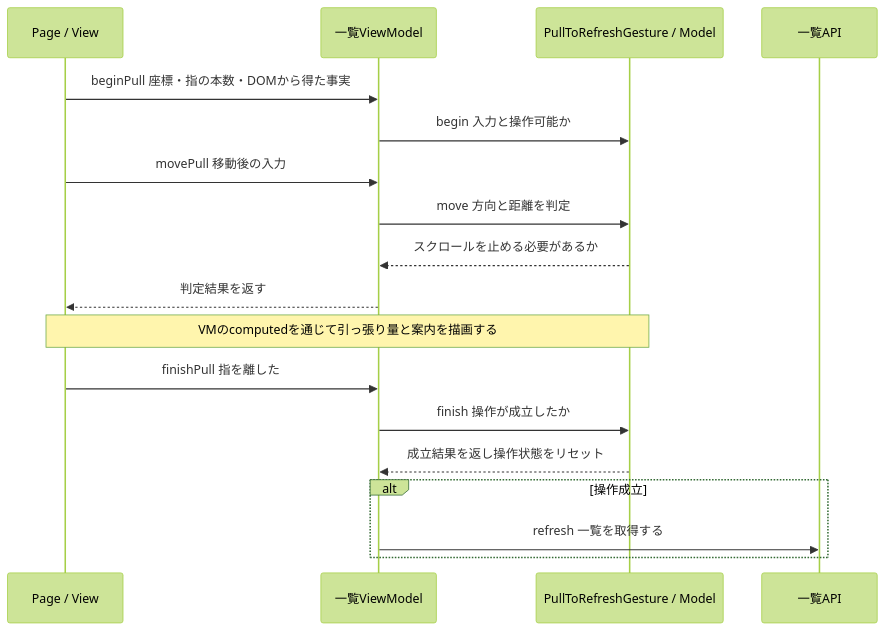
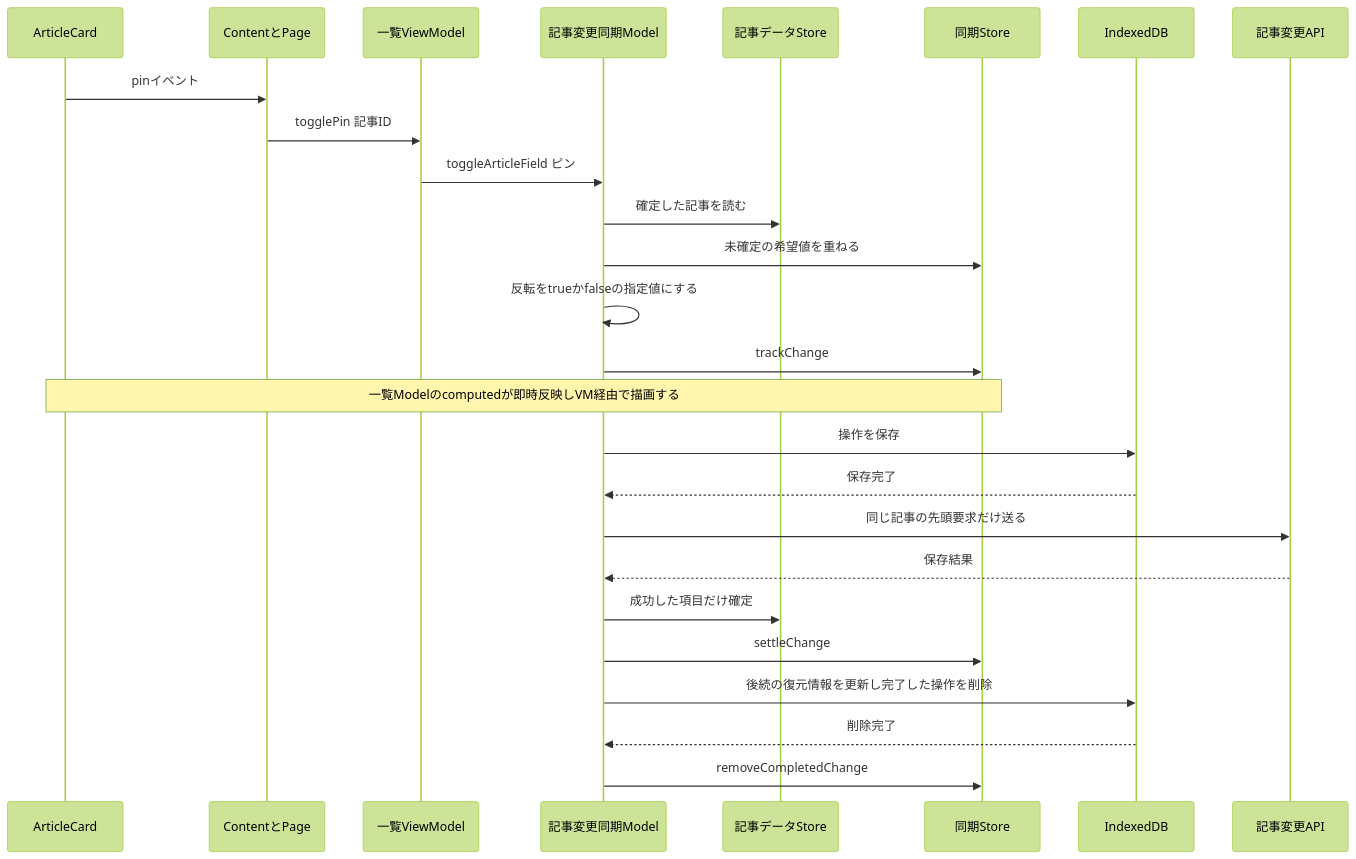
Before and after one commit to BeppuKanato/it-discovery: the fifth of 6 diagrams in docs/frontend-architecture.md, drawn with Mermaid (forest theme). The commit also changed other lines of this file and 6 other files, not shown here.

Commit message:
docs(web): 一覧と同期の構成図と操作ごとのコードの読む順序を更新する

````diff
--- a/docs/frontend-architecture.md
+++ b/docs/frontend-architecture.md
@@ -238,20 +153,28 @@
 ```mermaid
 sequenceDiagram
-  participant V as Page / View
+  participant Card as ArticleCard
+  participant Page as ContentとPage
   participant VM as 一覧ViewModel
-  participant G as PullToRefreshGesture / Model
-  participant API as 一覧API
-  V->>VM: beginPull 座標・指の本数・DOMから得た事実
-  VM->>G: begin 入力と操作可能か
-  V->>VM: movePull 移動後の入力
-  VM->>G: move 方向と距離を判定
-  G-->>VM: スクロールを止める必要があるか
-  VM-->>V: 判定結果を返す
-  Note over V,G: VMのcomputedを通じて引っ張り量と案内を描画する
-  V->>VM: finishPull 指を離した
-  VM->>G: finish 操作が成立したか
-  G-->>VM: 成立結果を返し操作状態をリセット
-  alt 操作成立
-    VM->>API: refresh 一覧を取得する
-  end
+  participant Sync as 記事変更同期Model
+  participant Data as 記事データStore
+  participant Changes as 同期Store
+  participant Local as IndexedDB
+  participant API as 記事変更API
+  Card->>Page: pinイベント
+  Page->>VM: togglePin 記事ID
+  VM->>Sync: toggleArticleField ピン
+  Sync->>Data: 確定した記事を読む
+  Sync->>Changes: 未確定の希望値を重ねる
+  Sync->>Sync: 反転をtrueかfalseの指定値にする
+  Sync->>Changes: trackChange
+  Note over Card,Changes: 一覧Modelのcomputedが即時反映しVM経由で描画する
+  Sync->>Local: 操作を保存
+  Local-->>Sync: 保存完了
+  Sync->>API: 同じ記事の先頭要求だけ送る
+  API-->>Sync: 保存結果
+  Sync->>Data: 成功した項目だけ確定
+  Sync->>Changes: settleChange
+  Sync->>Local: 後続の復元情報を更新し完了した操作を削除
+  Local-->>Sync: 削除完了
+  Sync->>Changes: removeCompletedChange
 ```
````
